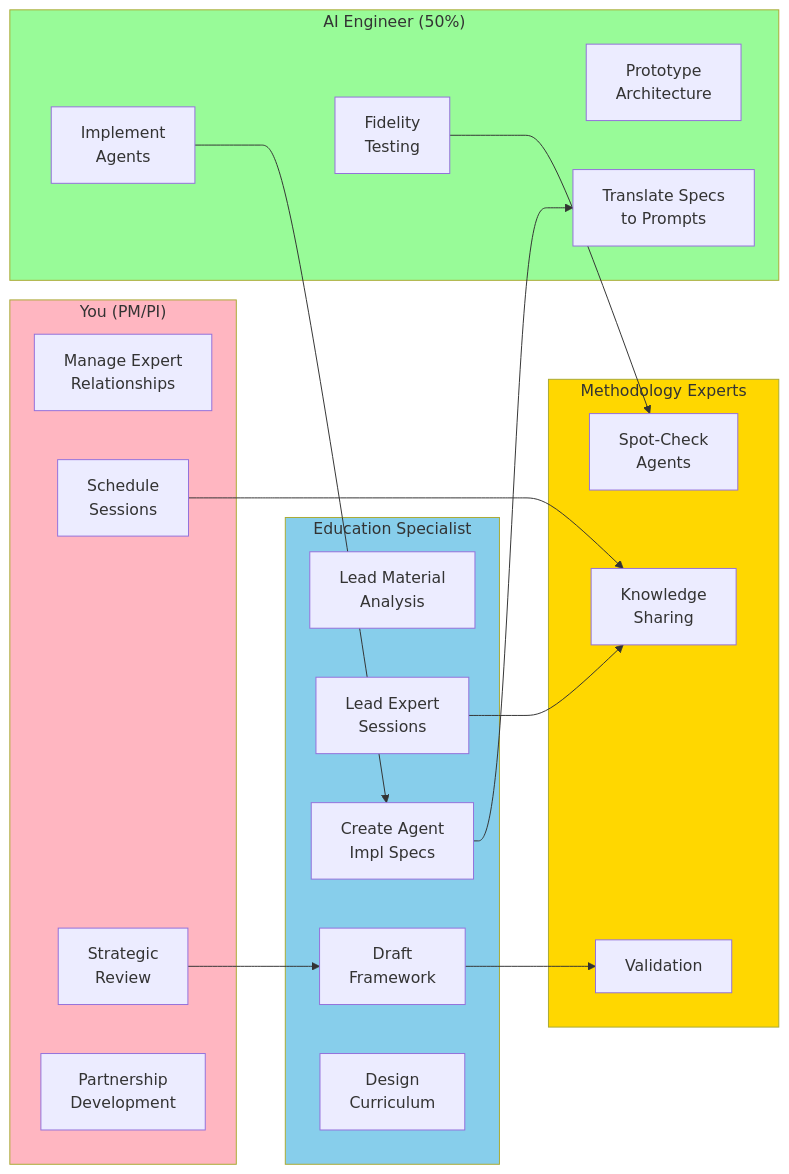
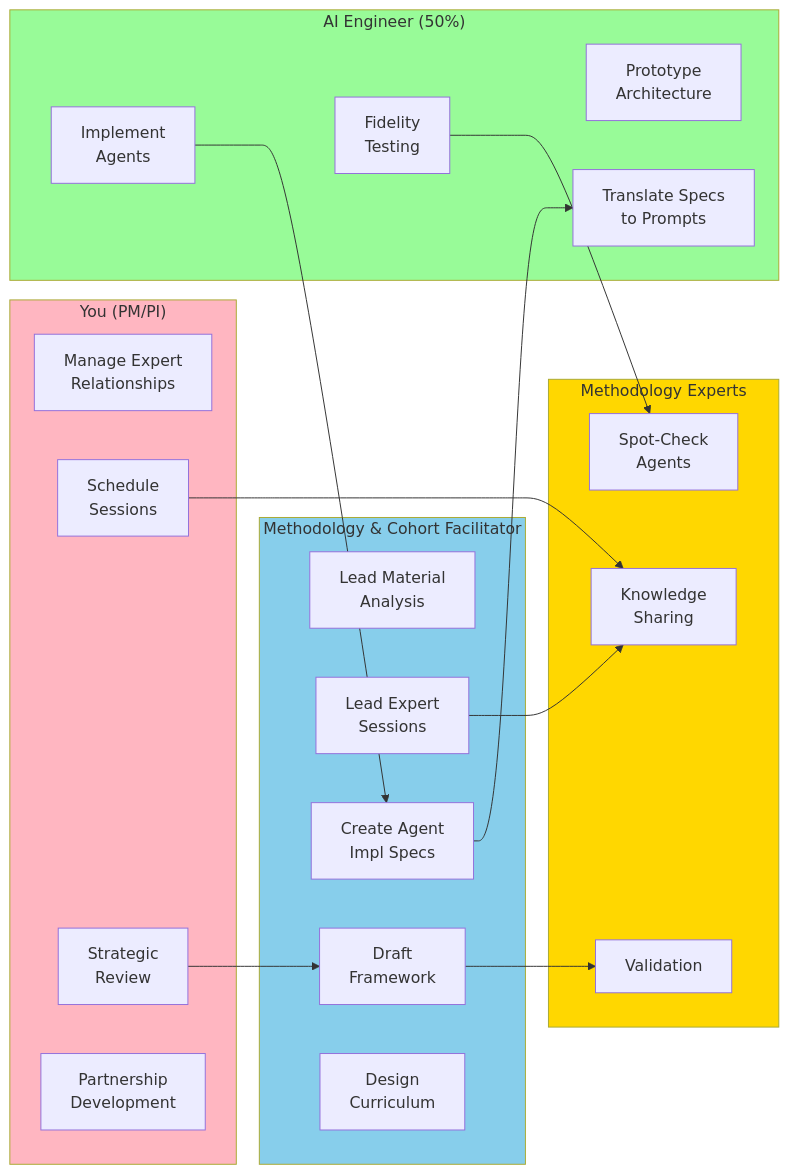
The sixth of 10 diagrams in docs/VISUAL-ROADMAP.md (thedakr/ventre_prod_pi), drawn with Mermaid before and after one commit. The commit also changed other lines of this file and 15 other files, not shown here.

First line of the commit message:
Add data analytics infrastructure and rename role to Methodology & Cohort Facilitator

````diff
--- a/docs/VISUAL-ROADMAP.md
+++ b/docs/VISUAL-ROADMAP.md
@@ -303,43 +303,43 @@
 ```mermaid
 graph LR
     subgraph PM ["You (PM/PI)"]
         PM1[Manage Expert<br/>Relationships]
         PM2[Schedule<br/>Sessions]
         PM3[Strategic<br/>Review]
         PM4[Partnership<br/>Development]
     end
 
-    subgraph Edu ["Education Specialist"]
+    subgraph Edu ["Methodology & Cohort Facilitator"]
         Edu1[Lead Material<br/>Analysis]
         Edu2[Lead Expert<br/>Sessions]
         Edu3[Draft<br/>Framework]
         Edu4[Create Agent<br/>Impl Specs]
         Edu5[Design<br/>Curriculum]
     end
 
     subgraph AI ["AI Engineer (50%)"]
         AI1[Prototype<br/>Architecture]
         AI2[Implement<br/>Agents]
         AI3[Translate Specs<br/>to Prompts]
         AI4[Fidelity<br/>Testing]
     end
 
     subgraph Experts ["Methodology Experts"]
         Exp1[Knowledge<br/>Sharing]
         Exp2[Validation]
         Exp3[Spot-Check<br/>Agents]
     end
 
     PM2 --> Exp1
     Edu2 --> Exp1
     Edu3 --> Exp2
     Edu4 --> AI3
     AI2 --> Edu4
     AI4 --> Exp3
     PM3 --> Edu3
 
     style PM fill:#FFB6C1
     style Edu fill:#87CEEB
     style AI fill:#98FB98
     style Experts fill:#FFD700
 ```
````
